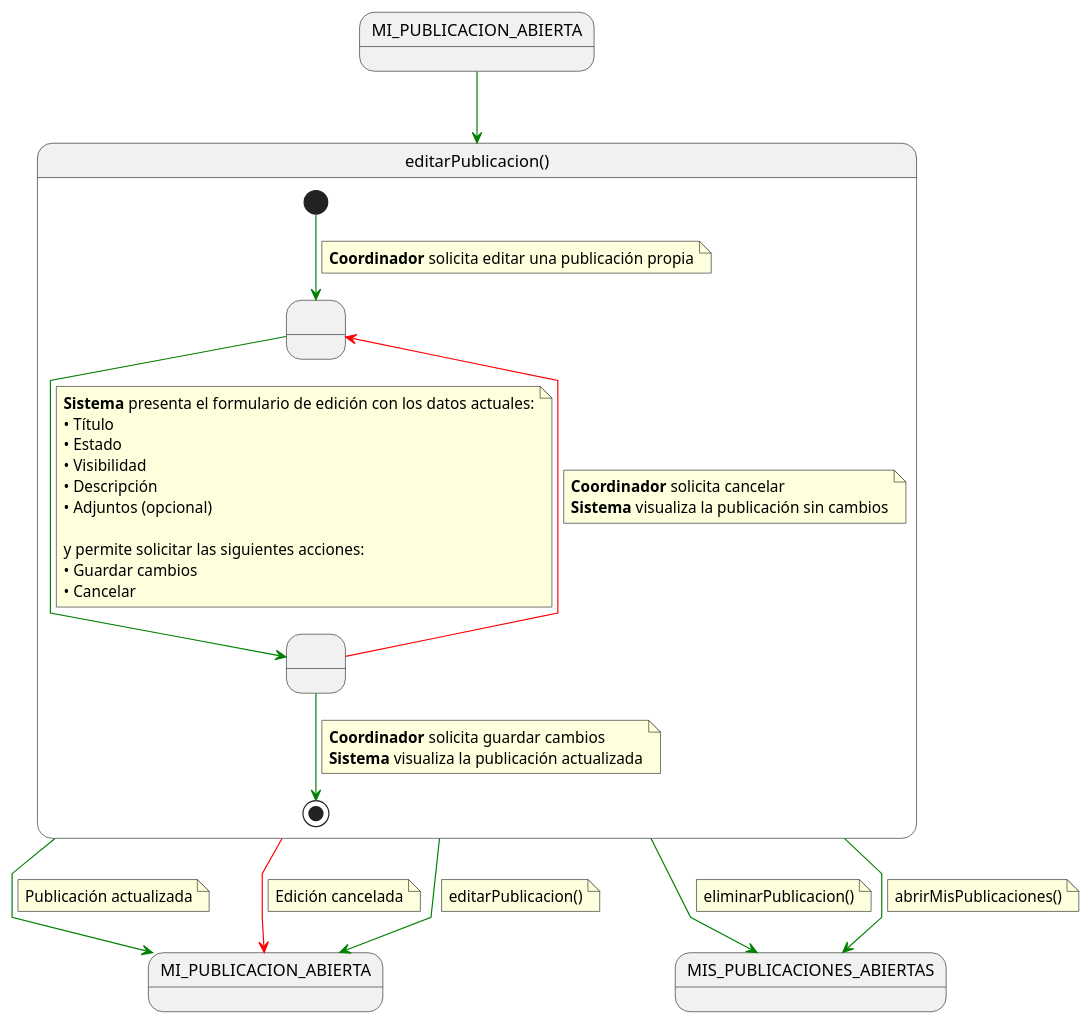
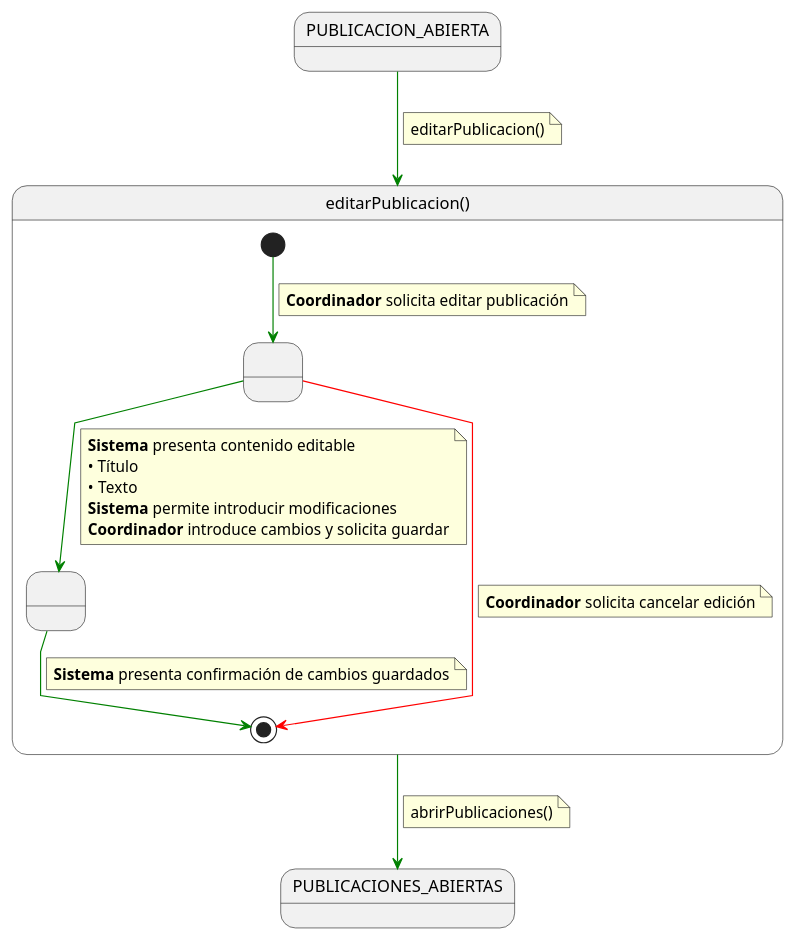
One commit to 31Diego/25-26-IdSw1-SdR changed the diagram in documentos/casosDeUso/detalle/coordinador/editarPublicacion/editarPublicacion.puml. Above: the diagram before and after it, drawn with PlantUML. The commit also changed 89 other files, not shown here.

```diff
--- a/documentos/casosDeUso/detalle/coordinador/editarPublicacion/editarPublicacion.puml
+++ b/documentos/casosDeUso/detalle/coordinador/editarPublicacion/editarPublicacion.puml
@@ -1,69 +1,52 @@
 @startuml editarPublicacion
+
 skinparam linetype polyline
 
-state in1 as "MI_PUBLICACION_ABIERTA"
-in1 -[#green]-> editarPublicacion
-
-state editarPublicacion as "editarPublicacion()" {
-
-    state " " as MostrandoPublicacion
-    state " " as EditandoDatos
-
-    [*] -[#green]-> MostrandoPublicacion
-    note on link
-    <b>Coordinador</b> solicita editar una publicación propia
-    end note
-
-    MostrandoPublicacion -[#green]-> EditandoDatos
-    note on link
-    <b>Sistema</b> presenta el formulario de edición con los datos actuales:
-    • Título
-    • Estado
-    • Visibilidad
-    • Descripción
-    • Adjuntos (opcional)
-
-    y permite solicitar las siguientes acciones:
-    • Guardar cambios
-    • Cancelar
-    end note
-
-    EditandoDatos -[#green]-> [*]
-    note on link
-    <b>Coordinador</b> solicita guardar cambios
-    <b>Sistema</b> visualiza la publicación actualizada
-    end note
-
-    EditandoDatos -[#red]-> MostrandoPublicacion
-    note on link
-    <b>Coordinador</b> solicita cancelar
-    <b>Sistema</b> visualiza la publicación sin cambios
-    end note
-}
-
-editarPublicacion -[#green]-> MI_PUBLICACION_ABIERTA
-note on link
-Publicación actualizada
-end note
-
-editarPublicacion -[#red]-> MI_PUBLICACION_ABIERTA
-note on link
-Edición cancelada
-end note
-
-editarPublicacion -[#green]-> MI_PUBLICACION_ABIERTA
+state in2 as "PUBLICACION_ABIERTA"
+in2 -[#green]-> editarPublicacion
 note on link
 editarPublicacion()
 end note
 
-editarPublicacion -[#green]-> MIS_PUBLICACIONES_ABIERTAS
+
+state editarPublicacion as "editarPublicacion()" {
+
+    state " " as EditandoContenido
+    state " " as CambiosGuardados
+
+    [*] -[#green]-> EditandoContenido
+    note on link
+    <b>Coordinador</b> solicita editar publicación
+    end note
+
+    EditandoContenido -[#green]-> CambiosGuardados
+    note on link
+    <b>Sistema</b> presenta contenido editable
+    • Título
+    • Texto
+    <b>Sistema</b> permite introducir modificaciones
+    <b>Coordinador</b> introduce cambios y solicita guardar
+    end note
+
+    EditandoContenido -[#red]-> [*]
+    note on link
+    <b>Coordinador</b> solicita cancelar edición
+    end note
+
+    CambiosGuardados -[#green]-> [*]
+    note on link
+    <b>Sistema</b> presenta confirmación de cambios guardados
+    end note
+}
+
+
+editarPublicacion -[#green]-> PUBLICACIONES_ABIERTAS
 note on link
-eliminarPublicacion()
+abrirPublicaciones()
 end note
 
-editarPublicacion -[#green]-> MIS_PUBLICACIONES_ABIERTAS
-note on link
-abrirMisPublicaciones()
-end note
+
+
+
 
 @enduml
```
